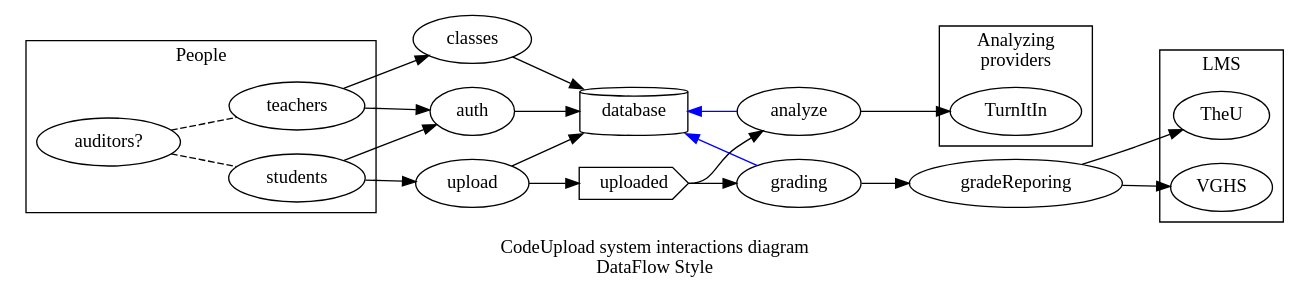
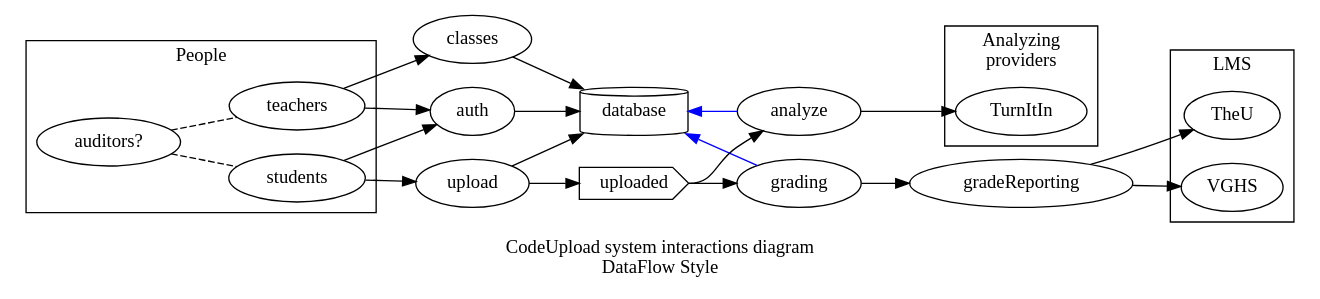
The diagram in dataflow.gv (mckaysalisbury/grades), drawn with Graphviz before and after one commit. The commit also changed 2 other files, not shown here.

```diff
--- a/dataflow.gv
+++ b/dataflow.gv
@@ -1,32 +1,32 @@
 digraph dataflow {
     label="CodeUpload system interactions diagram\nDataFlow Style"
     rankdir=LR
     subgraph clusterAnalyze {
         label="Analyzing\nproviders"
         TurnItIn
     }
     subgraph clusterLMS {
         label="LMS"
         TheU,
         VGHS
     }
     subgraph clusterPeople {
         label="People"
         teachers
         students
         auditors [label="auditors?"]
     }
 
     database [shape=cylinder]
     uploaded [shape=cds]
     
     students, teachers -> auth -> database
     students -> upload -> database
     teachers -> classes -> database
     database -> grading, analyze [dir=back, color="blue"]
     upload -> uploaded:w
-    uploaded:e -> grading -> gradeReporing -> VGHS, TheU
+    uploaded:e -> grading -> gradeReporting -> VGHS, TheU
     uploaded:e -> analyze -> TurnItIn
 
     auditors -> students, teachers [dir=none, style=dashed]
 }
```
